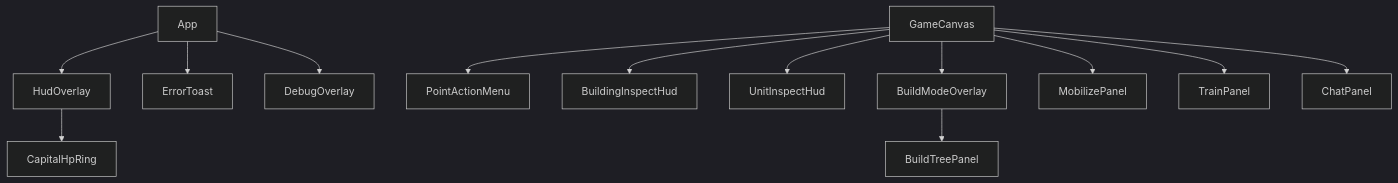
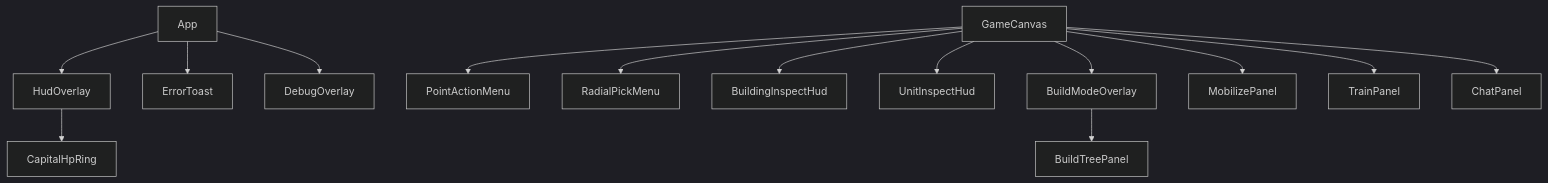
The diagram in docs/client/ui-components.md (CubicEi/WarOnPaper), drawn with Mermaid (dark theme) before and after one commit. The commit also changed other lines of this file and 15 other files, not shown here.

````diff
--- a/docs/client/ui-components.md
+++ b/docs/client/ui-components.md
@@ -7,15 +7,16 @@
 ```mermaid
 flowchart TB
   App --> HudOverlay
   App --> ErrorToast
   App --> DebugOverlay
   GameCanvas --> PointActionMenu
+  GameCanvas --> RadialPickMenu
   GameCanvas --> BuildingInspectHud
   GameCanvas --> UnitInspectHud
   GameCanvas --> BuildModeOverlay
   GameCanvas --> MobilizePanel
   GameCanvas --> TrainPanel
   GameCanvas --> ChatPanel
   BuildModeOverlay --> BuildTreePanel
   HudOverlay --> CapitalHpRing
 ```
````
